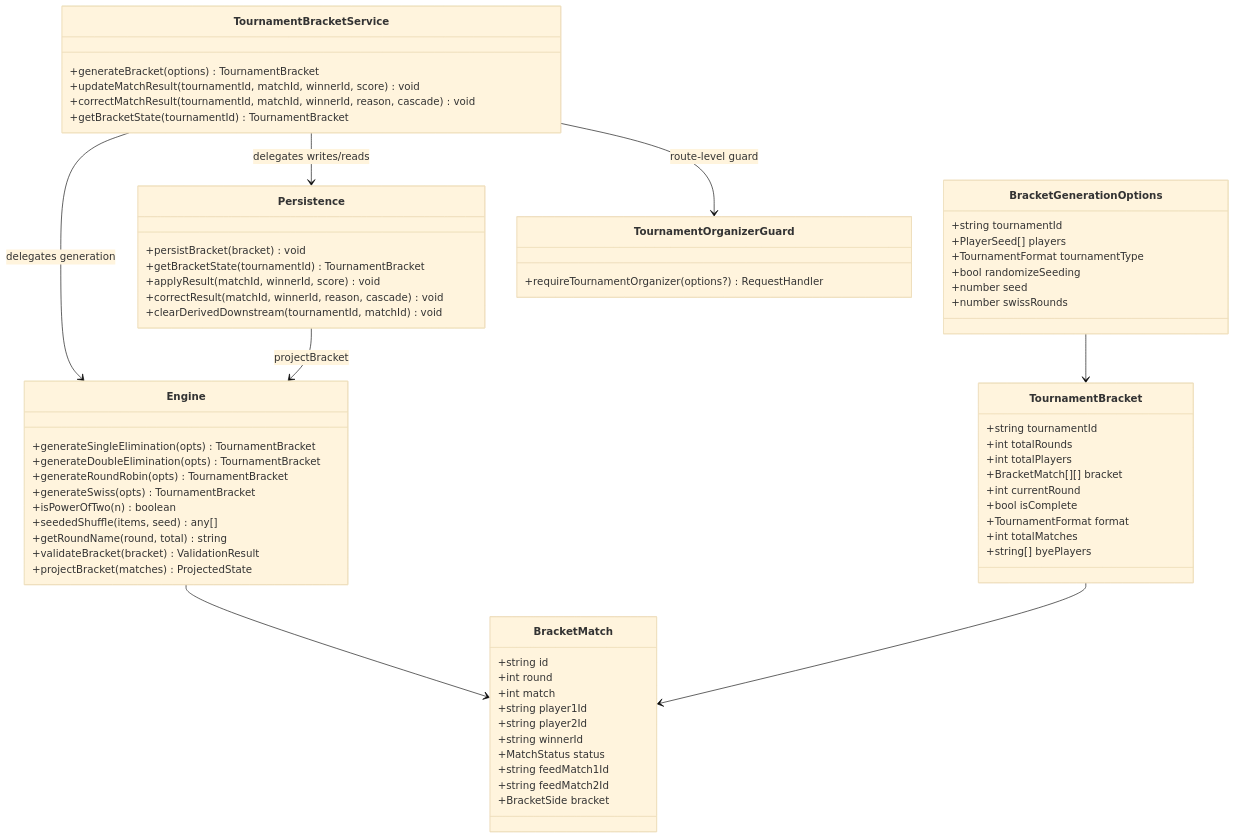
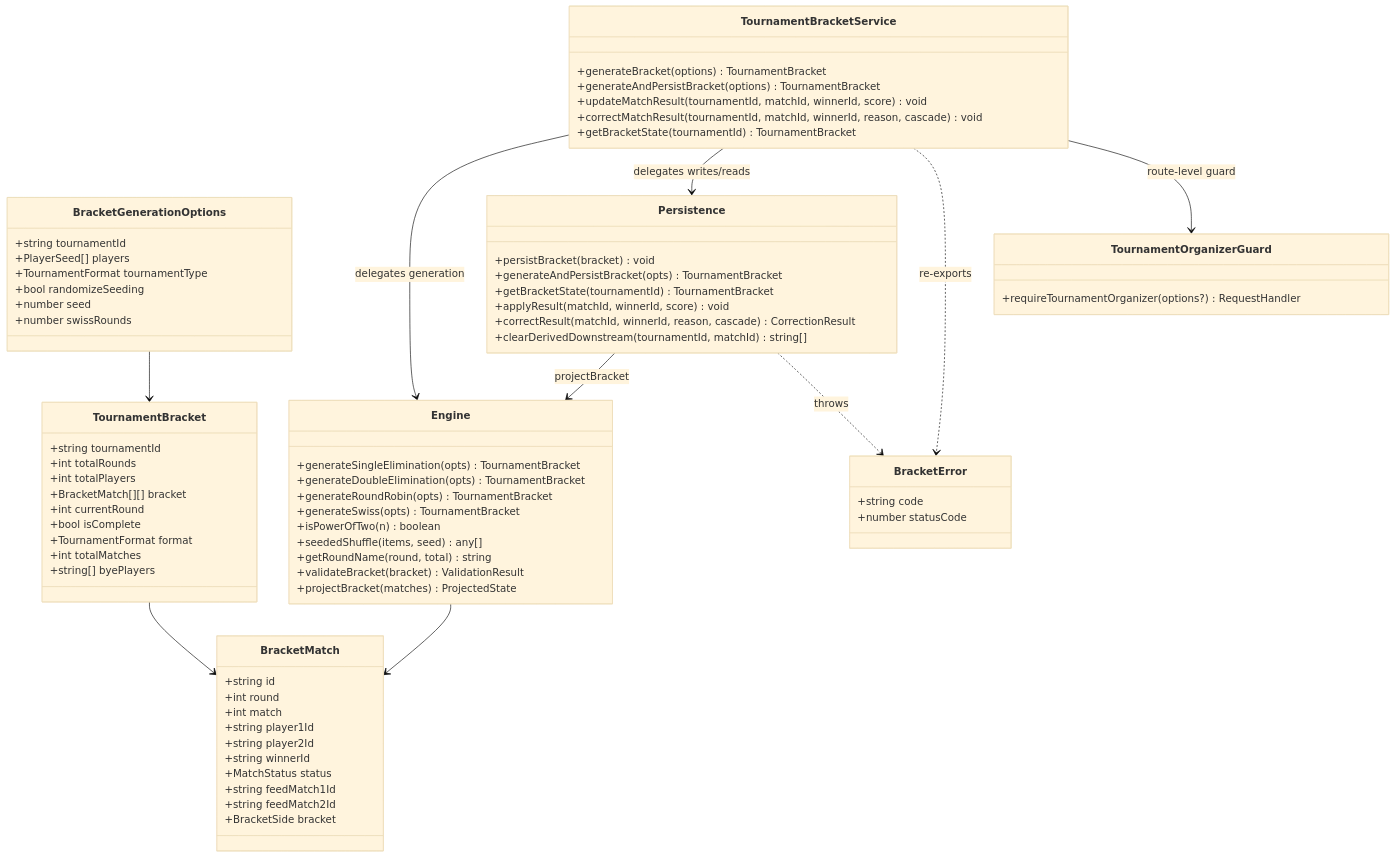
One commit to bujinwang/Rally changed the diagram in docs/stories/6.7.class-diagram.mermaid. Above: the diagram before and after it, drawn with Mermaid (base theme). The commit also changed 1 other file, not shown here.

```diff
--- a/docs/stories/6.7.class-diagram.mermaid
+++ b/docs/stories/6.7.class-diagram.mermaid
@@ -1,67 +1,75 @@
 classDiagram
     class BracketMatch {
       +string id
       +int round
       +int match
       +string player1Id
       +string player2Id
       +string winnerId
       +MatchStatus status
       +string feedMatch1Id
       +string feedMatch2Id
       +BracketSide bracket
     }
     class TournamentBracket {
       +string tournamentId
       +int totalRounds
       +int totalPlayers
       +BracketMatch[][] bracket
       +int currentRound
       +bool isComplete
       +TournamentFormat format
       +int totalMatches
       +string[] byePlayers
     }
     class BracketGenerationOptions {
       +string tournamentId
       +PlayerSeed[] players
       +TournamentFormat tournamentType
       +bool randomizeSeeding
       +number seed
       +number swissRounds
     }
     class Engine {
       +generateSingleElimination(opts) TournamentBracket
       +generateDoubleElimination(opts) TournamentBracket
       +generateRoundRobin(opts) TournamentBracket
       +generateSwiss(opts) TournamentBracket
       +isPowerOfTwo(n) boolean
       +seededShuffle(items, seed) any[]
       +getRoundName(round, total) string
       +validateBracket(bracket) ValidationResult
       +projectBracket(matches) ProjectedState
     }
     class Persistence {
       +persistBracket(bracket) void
+      +generateAndPersistBracket(opts) TournamentBracket
       +getBracketState(tournamentId) TournamentBracket
       +applyResult(matchId, winnerId, score) void
-      +correctResult(matchId, winnerId, reason, cascade) void
-      +clearDerivedDownstream(tournamentId, matchId) void
+      +correctResult(matchId, winnerId, reason, cascade) CorrectionResult
+      +clearDerivedDownstream(tournamentId, matchId) string[]
+    }
+    class BracketError {
+      +string code
+      +number statusCode
     }
     class TournamentBracketService {
       +generateBracket(options) TournamentBracket
+      +generateAndPersistBracket(options) TournamentBracket
       +updateMatchResult(tournamentId, matchId, winnerId, score) void
       +correctMatchResult(tournamentId, matchId, winnerId, reason, cascade) void
       +getBracketState(tournamentId) TournamentBracket
     }
     class TournamentOrganizerGuard {
       +requireTournamentOrganizer(options?) RequestHandler
     }
 
     TournamentBracketService --> Engine : delegates generation
     TournamentBracketService --> Persistence : delegates writes/reads
     Persistence --> Engine : projectBracket
+    Persistence ..> BracketError : throws
+    TournamentBracketService ..> BracketError : re-exports
     TournamentBracketService --> TournamentOrganizerGuard : route-level guard
     BracketGenerationOptions --> TournamentBracket
     Engine --> BracketMatch
     TournamentBracket --> BracketMatch
```
